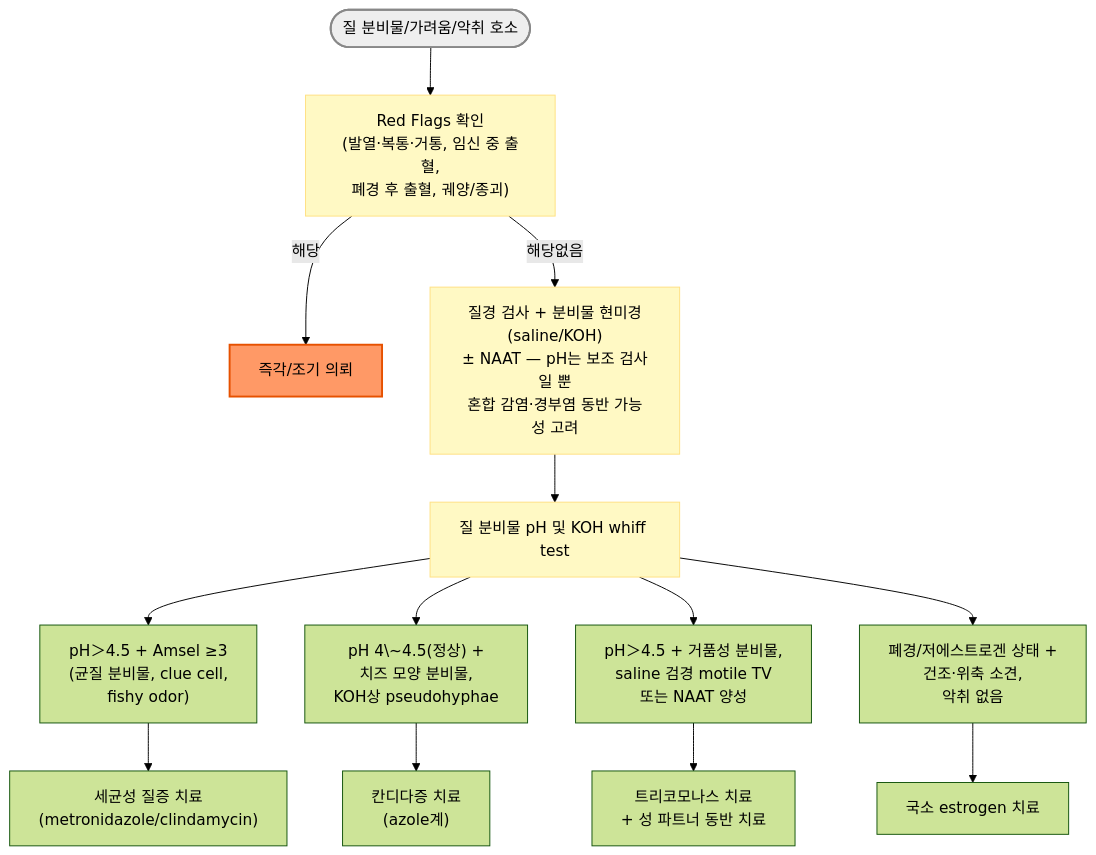
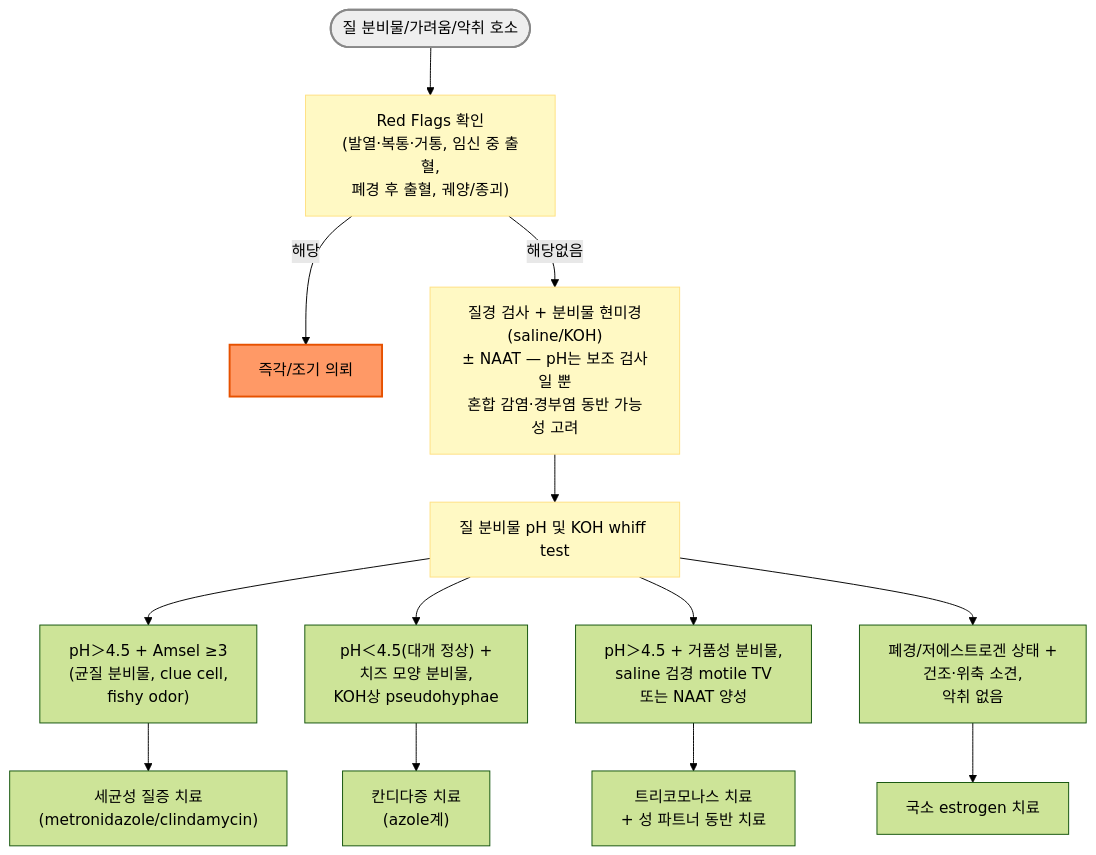
One commit to familyoh77/familyoh77 changed the diagram in 227_/122_-vulvovaginal-infections.md. Above: the diagram before and after it, drawn with Mermaid (forest theme). The commit also changed other lines of this file and 1 other file, not shown here.

````diff
--- a/227_/122_-vulvovaginal-infections.md
+++ b/227_/122_-vulvovaginal-infections.md
@@ -136,20 +136,20 @@
 ```mermaid
 graph TD
     Start(["질 분비물/가려움/악취 호소"]) --> RedFlag["Red Flags 확인<br>(발열·복통·거통, 임신 중 출혈,<br>폐경 후 출혈, 궤양/종괴)"]
     RedFlag -- "해당" --> RF_pos["즉각/조기 의뢰"]
     RedFlag -- "해당없음" --> Exam["질경 검사 + 분비물 현미경(saline/KOH)<br>± NAAT — pH는 보조 검사일 뿐<br>혼합 감염·경부염 동반 가능성 고려"]
     Exam --> pH["질 분비물 pH 및 KOH whiff test"]
     pH --> BVpath["pH＞4.5 + Amsel ≥3<br>(균질 분비물, clue cell,<br>fishy odor)"]
-    pH --> Candidapath["pH 4\~4.5(정상) +<br>치즈 모양 분비물,<br>KOH상 pseudohyphae"]
+    pH --> Candidapath["pH＜4.5(대개 정상) +<br>치즈 모양 분비물,<br>KOH상 pseudohyphae"]
     pH --> TVpath["pH＞4.5 + 거품성 분비물,<br>saline 검경 motile TV<br>또는 NAAT 양성"]
     pH --> Atrophypath["폐경/저에스트로겐 상태 +<br>건조·위축 소견,<br>악취 없음"]
     BVpath --> BVtx["세균성 질증 치료<br>(metronidazole/clindamycin)"]
     Candidapath --> Candidatx["칸디다증 치료<br>(azole계)"]
     TVpath --> TVtx["트리코모나스 치료<br>+ 성 파트너 동반 치료"]
     Atrophypath --> Atrophytx["국소 estrogen 치료"]
     style RedFlag fill:#fff9c4,stroke:#ffe082
     style Exam fill:#fff9c4,stroke:#ffe082
     style pH fill:#fff9c4,stroke:#ffe082
     style Start fill:#eeeeee,stroke:#888888,stroke-width:2px
     style RF_pos fill:#f96,stroke:#e65100,stroke-width:2px
 ```
````
